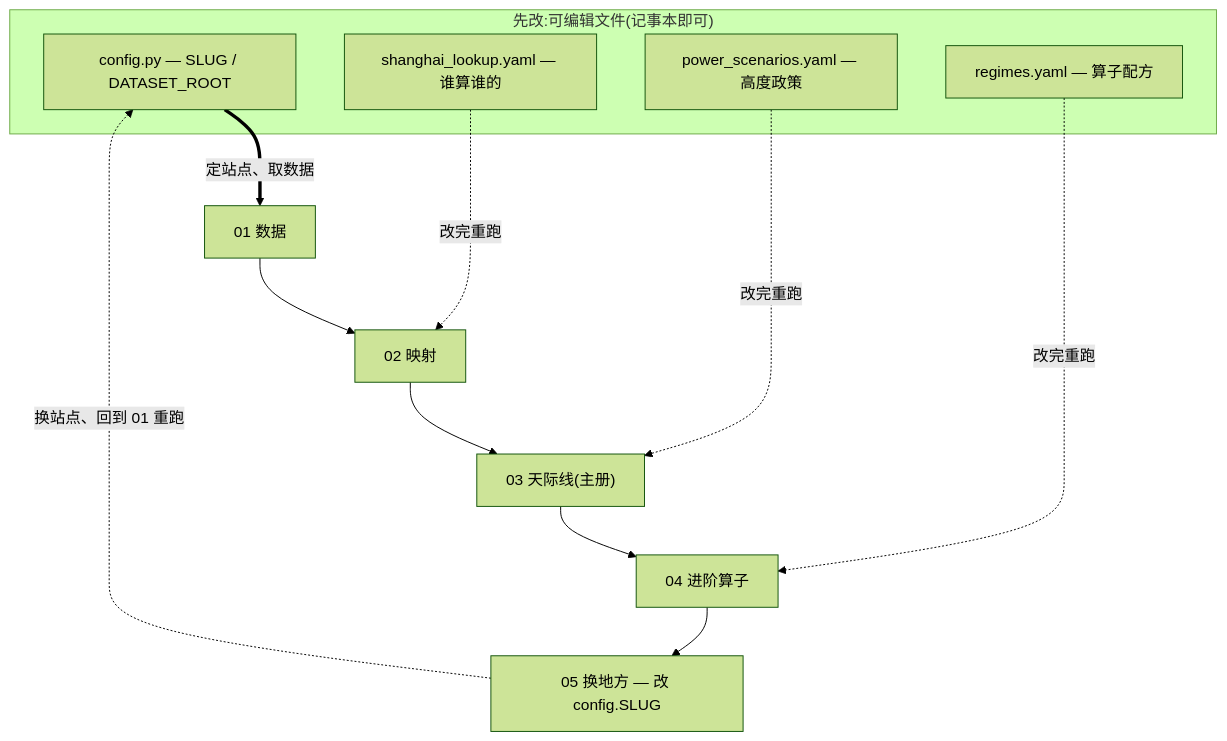
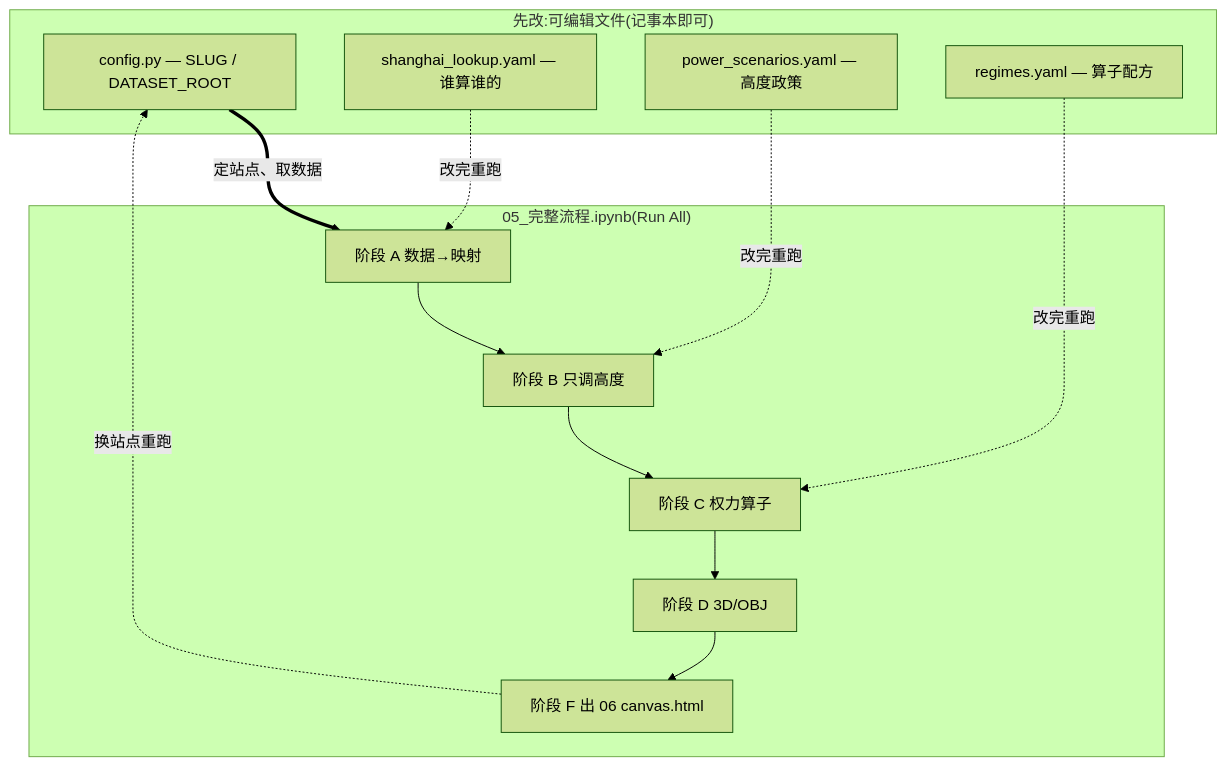
Before and after one commit to ms-112-scott/DF26_ws18: the diagram in 05_Shanghai Power to Form Students/STUDENT_NOTES.md, drawn with Mermaid (forest theme). The commit also changed other lines of this file and 30 other files, not shown here.

````diff
--- a/05_Shanghai Power to Form Students/STUDENT_NOTES.md
+++ b/05_Shanghai Power to Form Students/STUDENT_NOTES.md
@@ -34,21 +35,22 @@
 ```mermaid
 flowchart TD
     subgraph EDIT["先改:可编辑文件(记事本即可)"]
         CFG["config.py — SLUG / DATASET_ROOT"]
         LK["shanghai_lookup.yaml — 谁算谁的"]
         PS["power_scenarios.yaml — 高度政策"]
         RG["regimes.yaml — 算子配方"]
     end
 
-    CFG ==>|定站点、取数据| N1["01 数据"]
-    N1 --> N2["02 映射"]
-    N2 --> N3["03 天际线(主册)"]
-    N3 --> N4["04 进阶算子"]
+    subgraph NB["05_完整流程.ipynb(Run All)"]
+        A["阶段 A 数据→映射"] --> B["阶段 B 只调高度"]
+        B --> C["阶段 C 权力算子"]
+        C --> D["阶段 D 3D/OBJ"]
+        D --> F["阶段 F 出 06 canvas.html"]
+    end
 
-    LK -.改完重跑.-> N2
-    PS -.改完重跑.-> N3
-    RG -.改完重跑.-> N4
-
-    N4 --> N5["05 换地方 — 改 config.SLUG"]
-    N5 -.换站点、回到 01 重跑.-> CFG
+    CFG ==>|定站点、取数据| A
+    LK -.改完重跑.-> A
+    PS -.改完重跑.-> B
+    RG -.改完重跑.-> C
+    F -.换站点重跑.-> CFG
 ```
````
